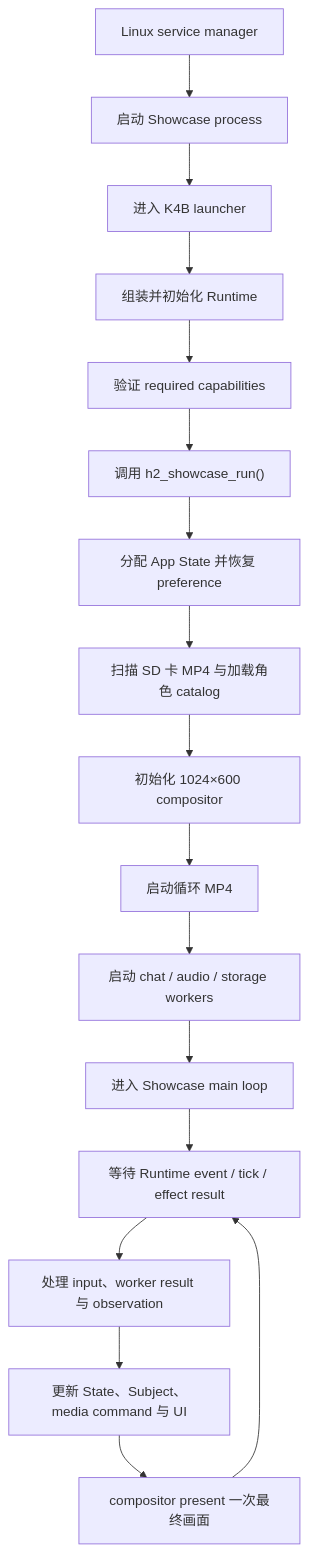
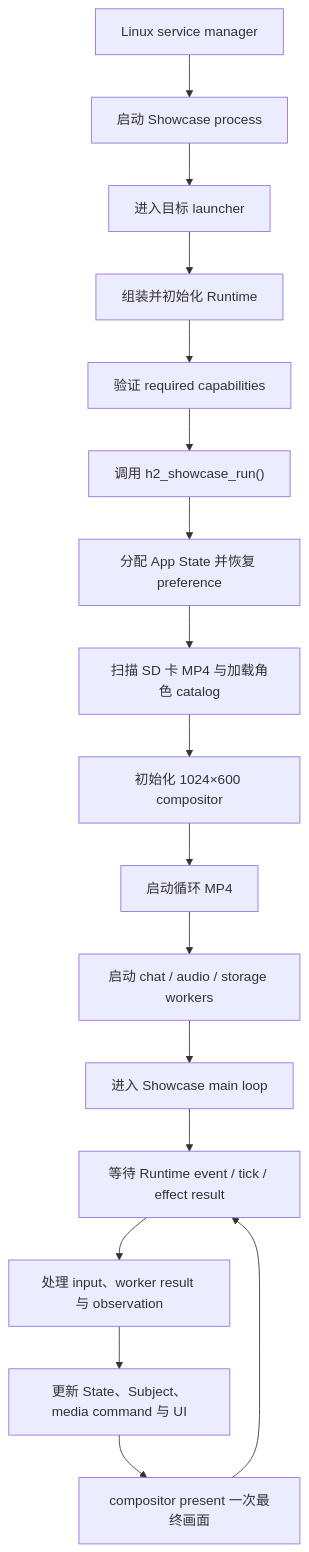
The first of 2 diagrams in guides/apps/showcase/lifecycle.md (GizClaw/gizos), drawn with Mermaid before and after one commit. The commit also changed other lines of this file and 106 other files, not shown here.

````diff
--- a/guides/apps/showcase/lifecycle.md
+++ b/guides/apps/showcase/lifecycle.md
@@ -9,19 +9,19 @@
 ```mermaid
 flowchart TD
     Service["Linux service manager"] --> Process["启动 Showcase process"]
-    Process --> Launcher["进入 K4B launcher"]
+    Process --> Launcher["进入目标 launcher"]
     Launcher --> Runtime["组装并初始化 Runtime"]
     Runtime --> Validate["验证 required capabilities"]
     Validate --> Entry["调用 h2_showcase_run()"]
     Entry --> State["分配 App State 并恢复 preference"]
     State --> Catalog["扫描 SD 卡 MP4 与加载角色 catalog"]
     Catalog --> Display["初始化 1024×600 compositor"]
     Display --> Media["启动循环 MP4"]
     Media --> Workers["启动 chat / audio / storage workers"]
     Workers --> Loop["进入 Showcase main loop"]
     Loop --> Wait["等待 Runtime event / tick / effect result"]
     Wait --> Handle["处理 input、worker result 与 observation"]
     Handle --> Project["更新 State、Subject、media command 与 UI"]
     Project --> Present["compositor present 一次最终画面"]
     Present --> Wait
 ```
````
